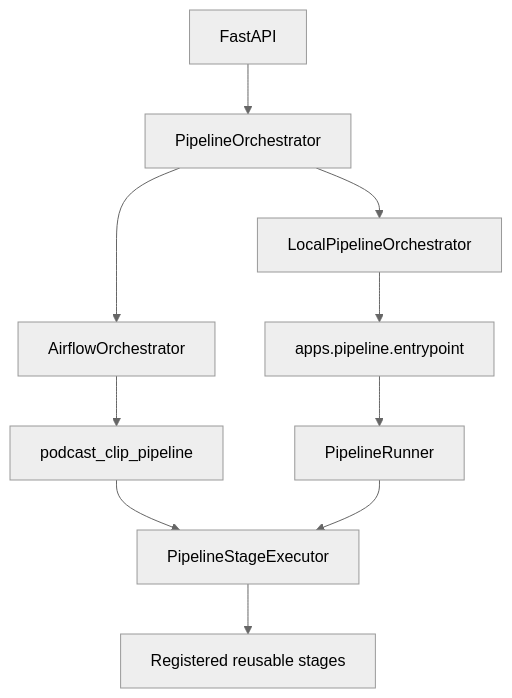
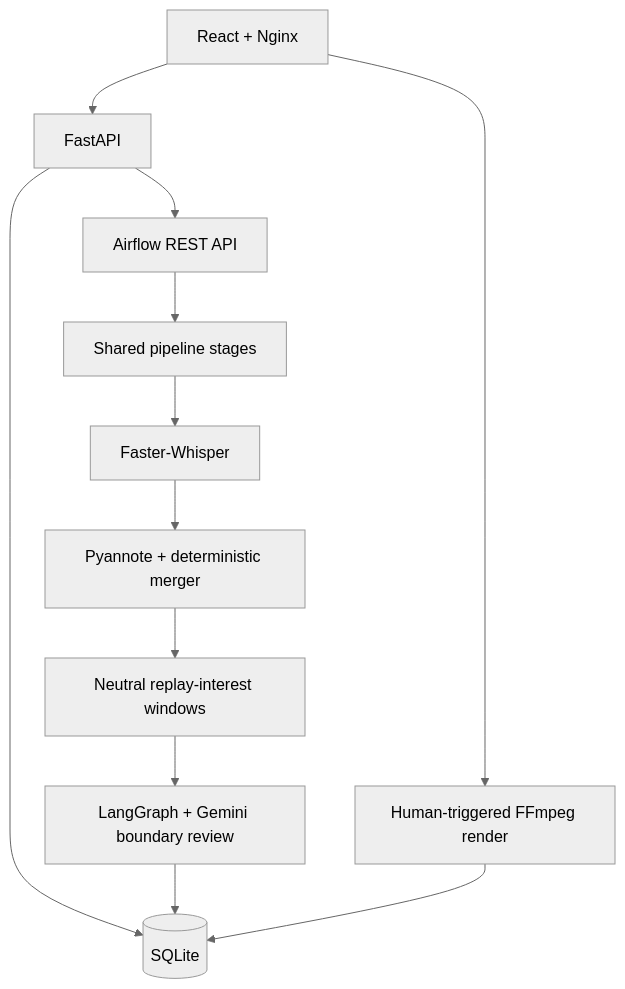
The diagram in docs/ARCHITECTURE.md (s194586/AI-Podcast-Clip-Cutter), drawn with Mermaid (neutral theme) before and after one commit. The commit also changed other lines of this file and 43 other files, not shown here.

First line of the commit message:
release: publish AI Podcast Clip Cutter portfolio MVP v1.2.0 (#8)

````diff
--- a/docs/ARCHITECTURE.md
+++ b/docs/ARCHITECTURE.md
@@ -44,12 +10,14 @@
 ```mermaid
 flowchart TB
-  A[FastAPI] --> B[PipelineOrchestrator]
-  B --> C[LocalPipelineOrchestrator]
-  B --> D[AirflowOrchestrator]
-  C --> E[apps.pipeline.entrypoint]
-  E --> F[PipelineRunner]
-  D --> G[podcast_clip_pipeline]
-  G --> H[PipelineStageExecutor]
-  F --> H
-  H --> I[Registered reusable stages]
+  UI[React + Nginx] --> API[FastAPI]
+  API --> DB[(SQLite)]
+  API --> AF[Airflow REST API]
+  AF --> PIPE[Shared pipeline stages]
+  PIPE --> ASR[Faster-Whisper]
+  ASR --> DIA[Pyannote + deterministic merger]
+  DIA --> CAND[Neutral replay-interest windows]
+  CAND --> REVIEW[LangGraph + Gemini boundary review]
+  REVIEW --> DB
+  UI --> RENDER[Human-triggered FFmpeg render]
+  RENDER --> DB
 ```
````
